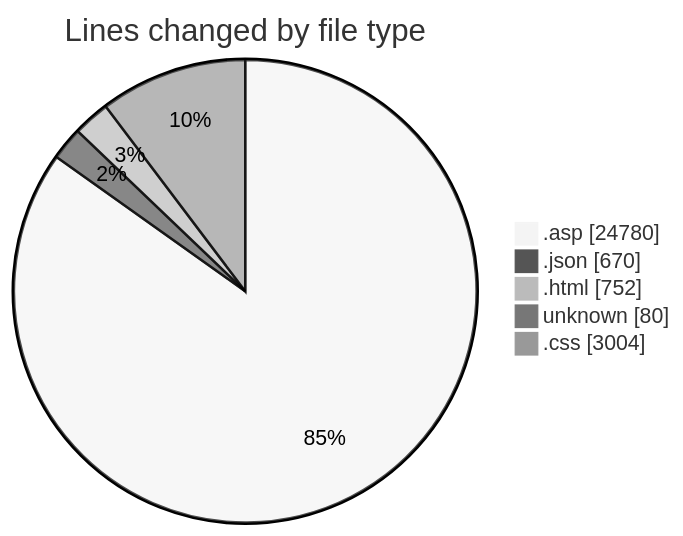
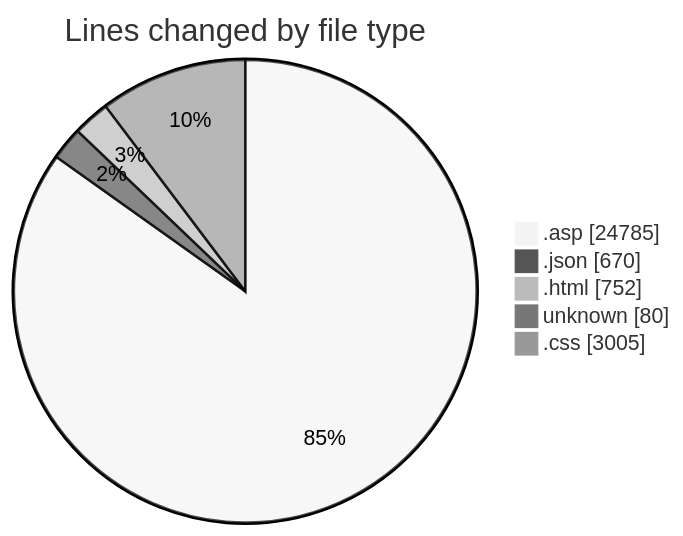
Before and after one commit to julien-gomy/code-tracking: the first of 2 diagrams in 2025-11-01/cdp_aleoudev_fr__workspace_/README.md, drawn with Mermaid (neutral theme). The commit also changed other lines of this file and 1 other file, not shown here.

````diff
--- a/2025-11-01/cdp_aleoudev_fr__workspace_/README.md
+++ b/2025-11-01/cdp_aleoudev_fr__workspace_/README.md
@@ -36,9 +36,9 @@
 ```mermaid
 pie showData
 title Lines changed by file type
-".asp" : 24780
+".asp" : 24785
 ".json" : 670
 ".html" : 752
 "unknown" : 80
-".css" : 3004
+".css" : 3005
 ```
````
